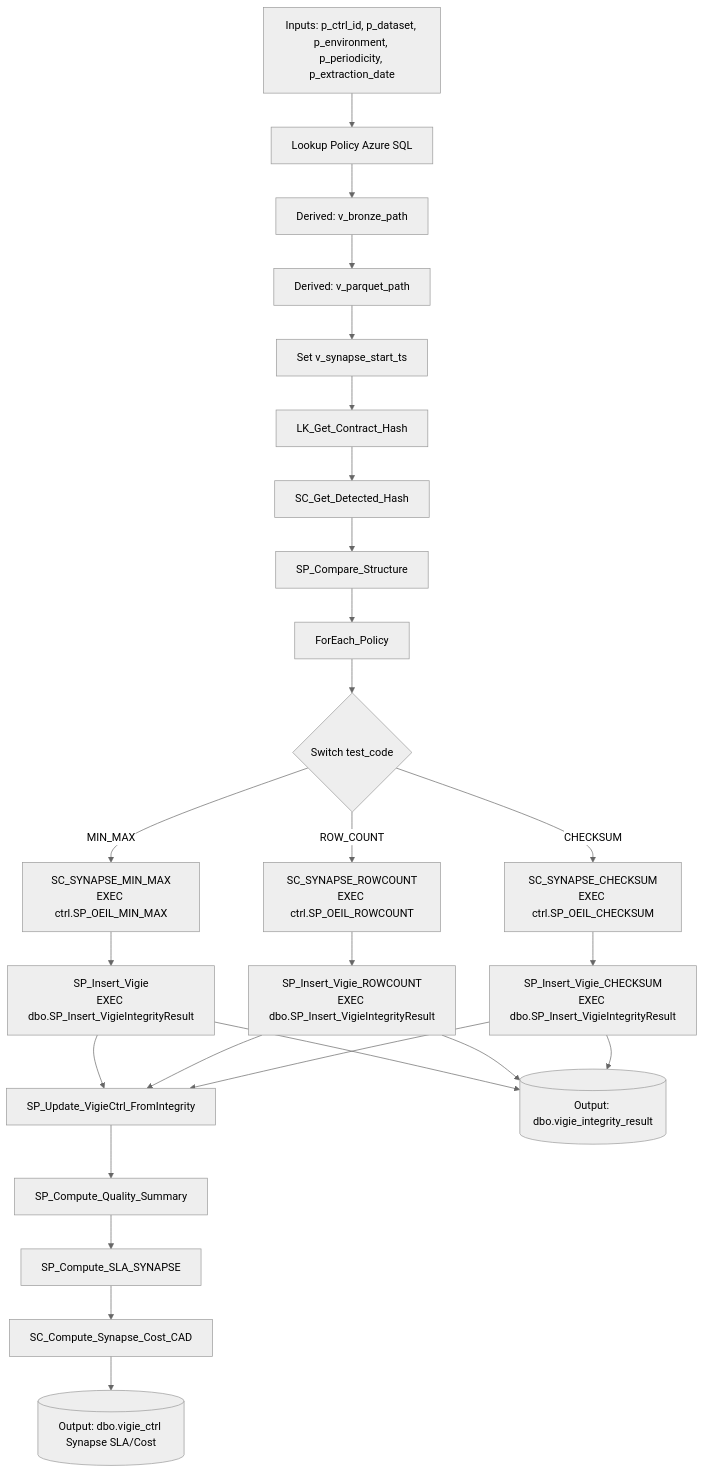
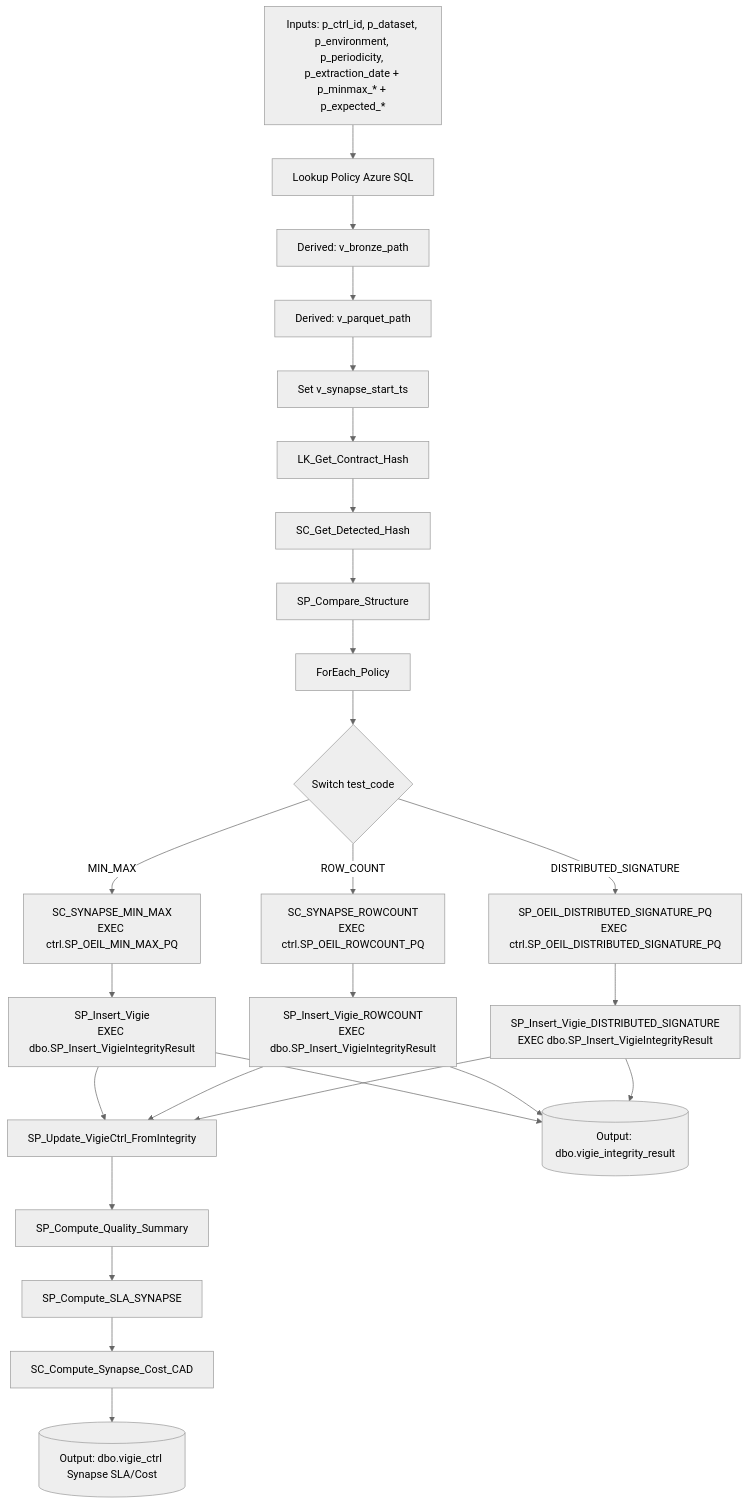
The third of 3 diagrams in docs/technical_reference/adf_pipelines.md (lawiz22/OeilTest), drawn with Mermaid (neutral theme) before and after one commit. The commit also changed other lines of this file and 11 other files, not shown here.

Commit message:
feat: refactor quality control procedures to include distributed signature and update min/max logic

````diff
--- a/docs/technical_reference/adf_pipelines.md
+++ b/docs/technical_reference/adf_pipelines.md
@@ -336,33 +341,33 @@
 ```mermaid
 flowchart TD
-		A[Inputs: p_ctrl_id, p_dataset, p_environment, p_periodicity, p_extraction_date] --> B[Lookup Policy Azure SQL]
+		A[Inputs: p_ctrl_id, p_dataset, p_environment, p_periodicity, p_extraction_date + p_minmax_* + p_expected_*] --> B[Lookup Policy Azure SQL]
 		B --> C[Derived: v_bronze_path]
 		C --> D[Derived: v_parquet_path]
 		D --> E[Set v_synapse_start_ts]
 		E --> F[LK_Get_Contract_Hash]
 		F --> G[SC_Get_Detected_Hash]
 		G --> H[SP_Compare_Structure]
 		H --> I[ForEach_Policy]
 		I --> J{Switch test_code}
 
-		J -->|MIN_MAX| K[SC_SYNAPSE_MIN_MAX\nEXEC ctrl.SP_OEIL_MIN_MAX]
+		J -->|MIN_MAX| K[SC_SYNAPSE_MIN_MAX\nEXEC ctrl.SP_OEIL_MIN_MAX_PQ]
 		K --> L[SP_Insert_Vigie\nEXEC dbo.SP_Insert_VigieIntegrityResult]
 
-		J -->|ROW_COUNT| M[SC_SYNAPSE_ROWCOUNT\nEXEC ctrl.SP_OEIL_ROWCOUNT]
+		J -->|ROW_COUNT| M[SC_SYNAPSE_ROWCOUNT\nEXEC ctrl.SP_OEIL_ROWCOUNT_PQ]
 		M --> N[SP_Insert_Vigie_ROWCOUNT\nEXEC dbo.SP_Insert_VigieIntegrityResult]
 
-		J -->|CHECKSUM| O[SC_SYNAPSE_CHECKSUM\nEXEC ctrl.SP_OEIL_CHECKSUM]
-		O --> P[SP_Insert_Vigie_CHECKSUM\nEXEC dbo.SP_Insert_VigieIntegrityResult]
+		J -->|DISTRIBUTED_SIGNATURE| O[SP_OEIL_DISTRIBUTED_SIGNATURE_PQ\nEXEC ctrl.SP_OEIL_DISTRIBUTED_SIGNATURE_PQ]
+		O --> P[SP_Insert_Vigie_DISTRIBUTED_SIGNATURE\nEXEC dbo.SP_Insert_VigieIntegrityResult]
 
 		L --> Q[SP_Update_VigieCtrl_FromIntegrity]
 		N --> Q
 		P --> Q
 		Q --> R[SP_Compute_Quality_Summary]
 		R --> S[SP_Compute_SLA_SYNAPSE]
 		S --> T[SC_Compute_Synapse_Cost_CAD]
 
 		T --> U[(Output: dbo.vigie_ctrl Synapse SLA/Cost)]
 		L --> V[(Output: dbo.vigie_integrity_result)]
 		N --> V
 		P --> V
 ```
````
